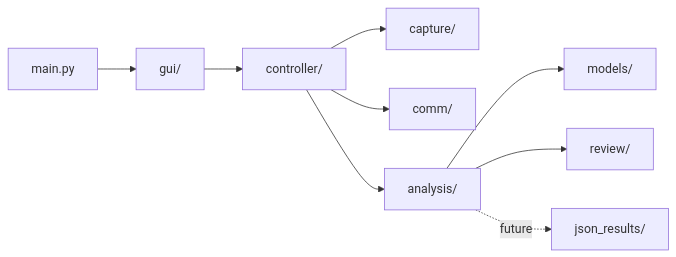
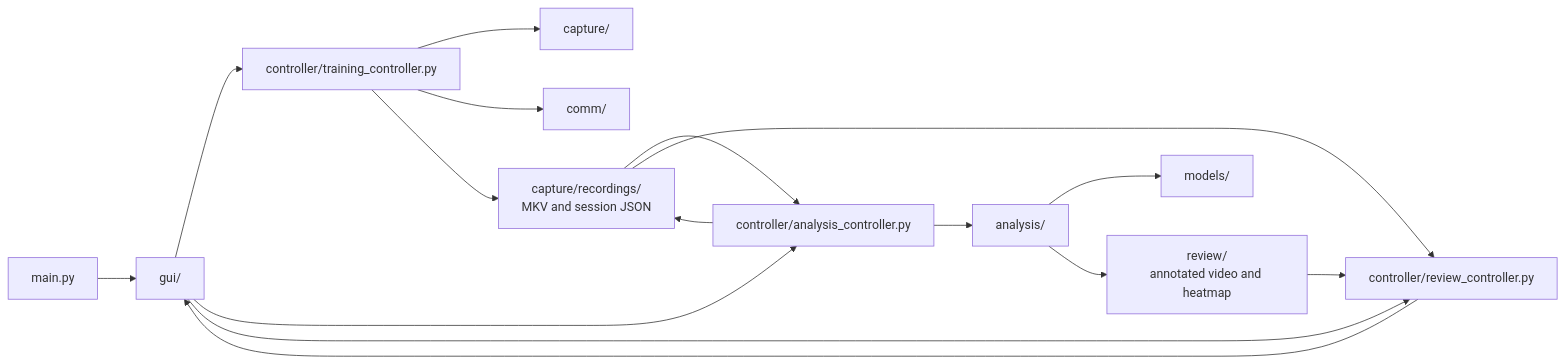
One commit to CoulterRolph/Capstone_Opencv changed the diagram in jetson/docs/codebase_functionality.md. Above: the diagram before and after it, drawn with Mermaid. The commit also changed other lines of this file and 9 other files, not shown here.

````diff
--- a/jetson/docs/codebase_functionality.md
+++ b/jetson/docs/codebase_functionality.md
@@ -21,11 +21,21 @@
 ```mermaid
 flowchart LR
     Main[main.py] --> GUI[gui/]
-    GUI --> Controllers[controller/]
-    Controllers --> Capture[capture/]
-    Controllers --> Comm[comm/]
-    Controllers --> Analysis[analysis/]
+    GUI --> TC[controller/training_controller.py]
+    GUI --> AC[controller/analysis_controller.py]
+    GUI --> RC[controller/review_controller.py]
+
+    TC --> Capture[capture/]
+    TC --> Comm[comm/]
+    TC --> Sessions[capture/recordings/<br/>MKV and session JSON]
+
+    Sessions --> AC
+    AC --> Analysis[analysis/]
     Analysis --> Models[models/]
-    Analysis --> Review[review/]
-    Analysis -. future .-> Json[json_results/]
+    Analysis --> Artifacts[review/<br/>annotated video and heatmap]
+    AC --> Sessions
+
+    Sessions --> RC
+    Artifacts --> RC
+    RC --> GUI
 ```
````
